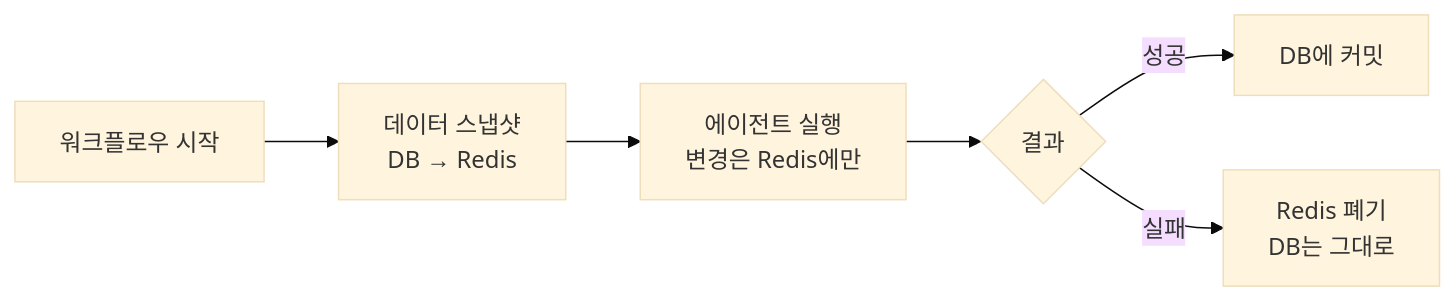
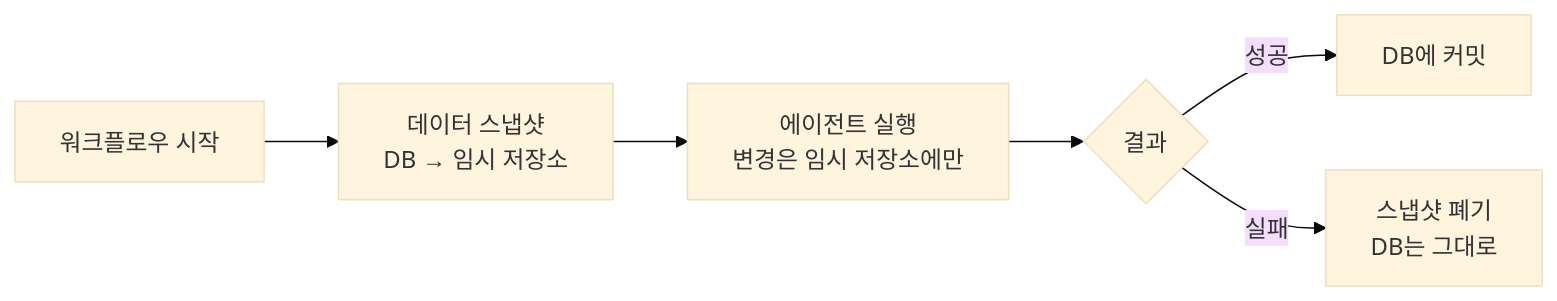
One commit to genie49/genie-cv changed the second of 2 diagrams in data/content/notes/kimpro-harness-engineering.md. Above: the diagram before and after it, drawn with Mermaid (base theme). The commit also changed other lines of this file and 19 other files, not shown here.

````diff
--- a/data/content/notes/kimpro-harness-engineering.md
+++ b/data/content/notes/kimpro-harness-engineering.md
@@ -69,8 +68,8 @@
 ```mermaid
 flowchart LR
-    Start[워크플로우 시작] --> Snapshot[데이터 스냅샷<br/>DB → Redis]
-    Snapshot --> Execute[에이전트 실행<br/>변경은 Redis에만]
+    Start[워크플로우 시작] --> Snapshot[데이터 스냅샷<br/>DB → 임시 저장소]
+    Snapshot --> Execute[에이전트 실행<br/>변경은 임시 저장소에만]
     Execute --> Result{결과}
     Result -->|성공| Commit[DB에 커밋]
-    Result -->|실패| Discard[Redis 폐기<br/>DB는 그대로]
+    Result -->|실패| Discard[스냅샷 폐기<br/>DB는 그대로]
 ```
````
